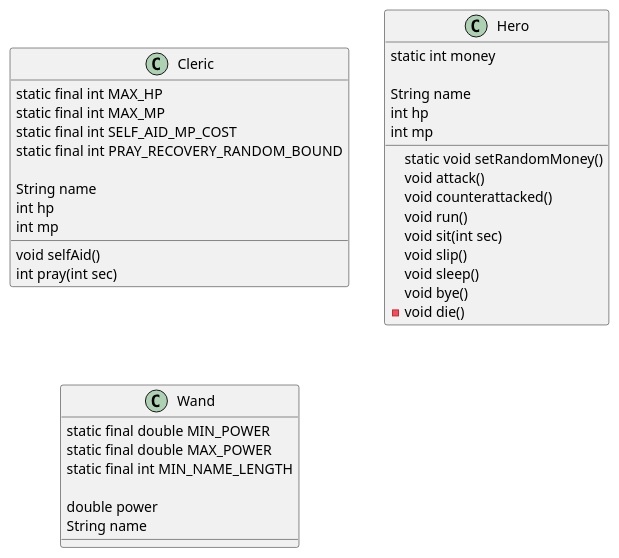
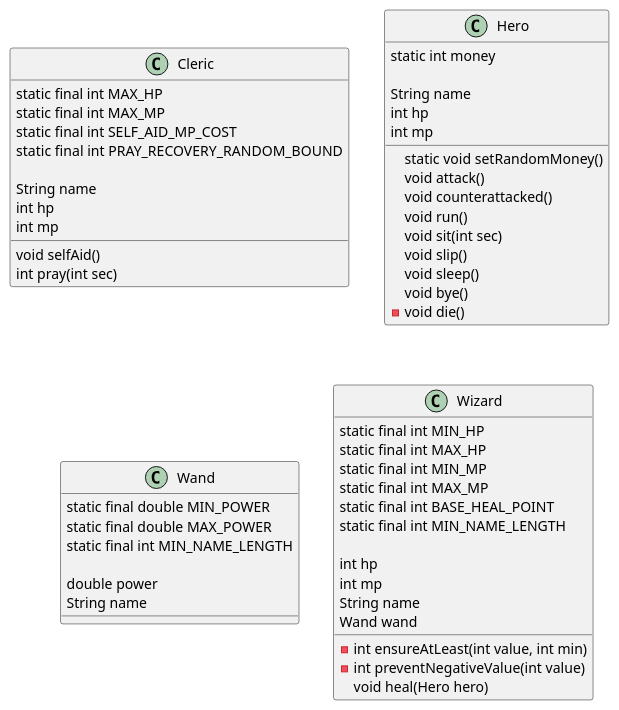
One commit to SurvivalCodingCampus/gangnam3-java-oop changed the diagram in docs/game.puml. Above: the diagram before and after it, drawn with PlantUML.

Commit message:
docs: feat: class Wizard UML 생성

```diff
--- a/docs/game.puml
+++ b/docs/game.puml
@@ -1,45 +1,62 @@
 @startuml
 
 class Cleric {
     static final int MAX_HP
     static final int MAX_MP
     static final int SELF_AID_MP_COST
     static final int PRAY_RECOVERY_RANDOM_BOUND
 
     String name
     int hp
     int mp
 
     void selfAid()
     int pray(int sec)
 }
 
 class Hero {
     static int money
 
     String name
     int hp
     int mp
 
     static void setRandomMoney()
     void attack()
     void counterattacked()
     void run()
     void sit(int sec)
     void slip()
     void sleep()
     void bye()
     - void die()
 }
 
 class Wand {
     static final double MIN_POWER
     static final double MAX_POWER
     static final int MIN_NAME_LENGTH
 
     double power
     String name
 }
 
+class Wizard {
+    static final int MIN_HP
+    static final int MAX_HP
+    static final int MIN_MP
+    static final int MAX_MP
+    static final int BASE_HEAL_POINT
+    static final int MIN_NAME_LENGTH
+
+    int hp
+    int mp
+    String name
+    Wand wand
+
+    - int ensureAtLeast(int value, int min)
+    - int preventNegativeValue(int value)
+    void heal(Hero hero)
+}
 
 @enduml
```
